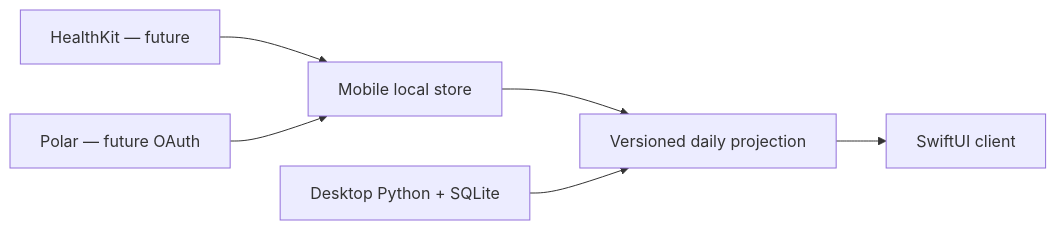
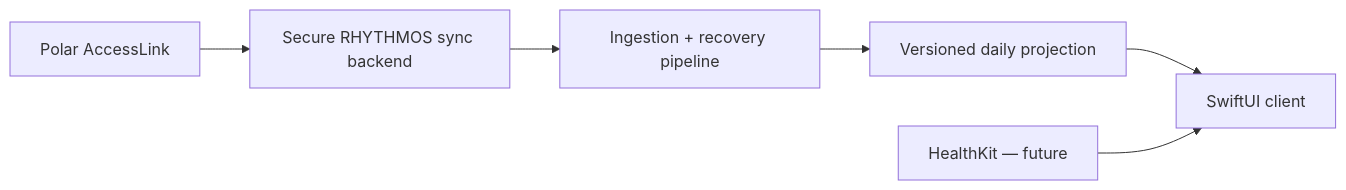
Before and after one commit to Si-SiLiu/RHYTHMOS: the diagram in docs/IOS_DEVELOPMENT.md, drawn with Mermaid. The commit also changed other lines of this file and 24 other files, not shown here.

Commit message:
feat: add Polar mobile sync and iOS check-ins

````diff
--- a/docs/IOS_DEVELOPMENT.md
+++ b/docs/IOS_DEVELOPMENT.md
@@ -37,8 +50,8 @@
 ```mermaid
 flowchart LR
-    H[HealthKit — future] --> M[Mobile local store]
-    P[Polar — future OAuth] --> M
-    M --> C[Versioned daily projection]
-    D[Desktop Python + SQLite] --> C
+    P[Polar AccessLink] --> B[Secure RHYTHMOS sync backend]
+    B --> D[Ingestion + recovery pipeline]
+    D --> C[Versioned daily projection]
     C --> U[SwiftUI client]
+    H[HealthKit — future] --> U
 ```
````
